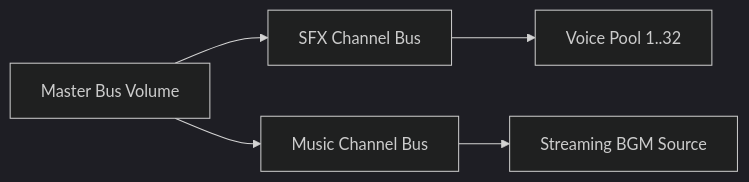
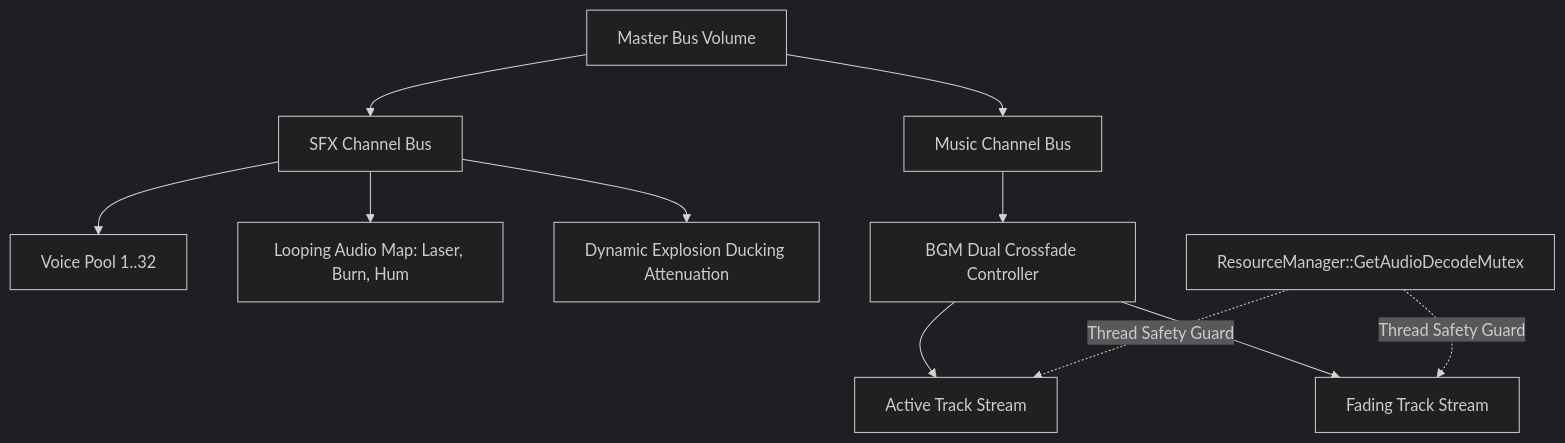
The second of 3 diagrams in Docs/ENGINE_SUBSYSTEMS.md (PASCAL-Noa/REBREAKER-Reloaded), drawn with Mermaid (dark theme) before and after one commit. The commit also changed other lines of this file and 4 other files, not shown here.

Commit message:
docs: document AudioMixer thread safety, SettingsUIController reentrancy guard, scene lifecycle teardown, and smoke test harness

````diff
--- a/Docs/ENGINE_SUBSYSTEMS.md
+++ b/Docs/ENGINE_SUBSYSTEMS.md
@@ -103,8 +103,16 @@
 ```mermaid
-graph LR
+graph TD
     Master[Master Bus Volume] --> SFX[SFX Channel Bus]
     Master --> Music[Music Channel Bus]
 
     SFX --> P1[Voice Pool 1..32]
-    Music --> BGM[Streaming BGM Source]
+    SFX --> Looping[Looping Audio Map: Laser, Burn, Hum]
+    SFX --> Ducking[Dynamic Explosion Ducking Attenuation]
+
+    Music --> Crossfade[BGM Dual Crossfade Controller]
+    Crossfade --> ActiveTrack[Active Track Stream]
+    Crossfade --> FadingTrack[Fading Track Stream]
+
+    Mutex[ResourceManager::GetAudioDecodeMutex] -.->|Thread Safety Guard| ActiveTrack
+    Mutex -.->|Thread Safety Guard| FadingTrack
 ```
````
